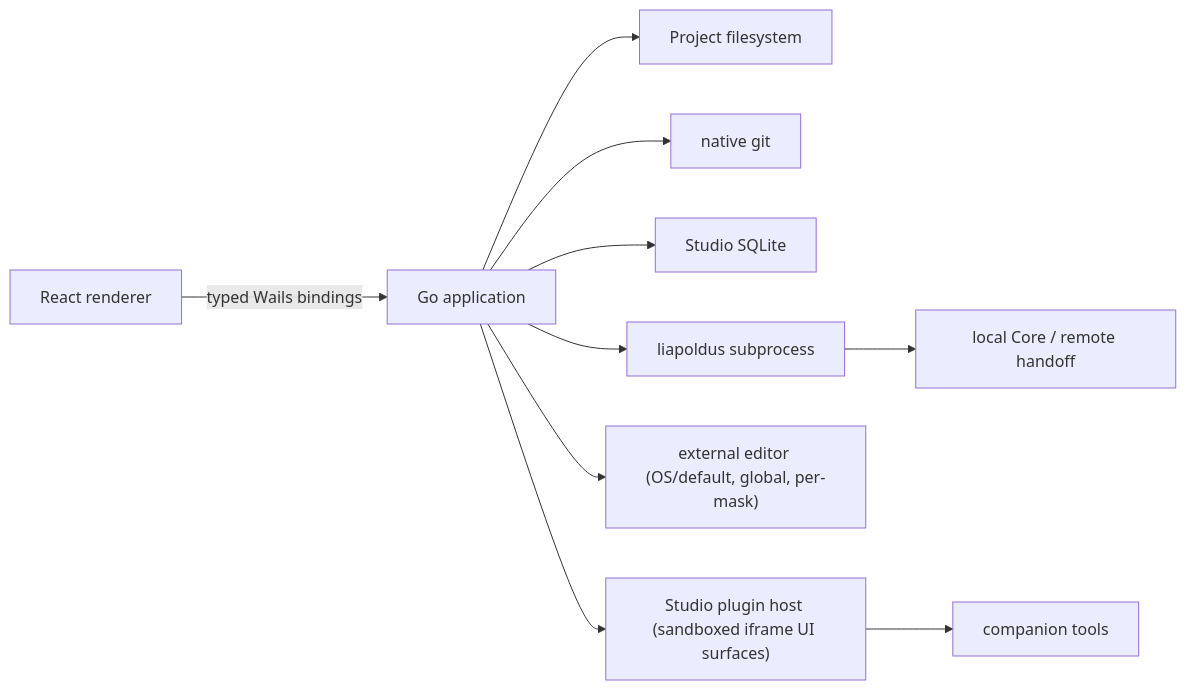
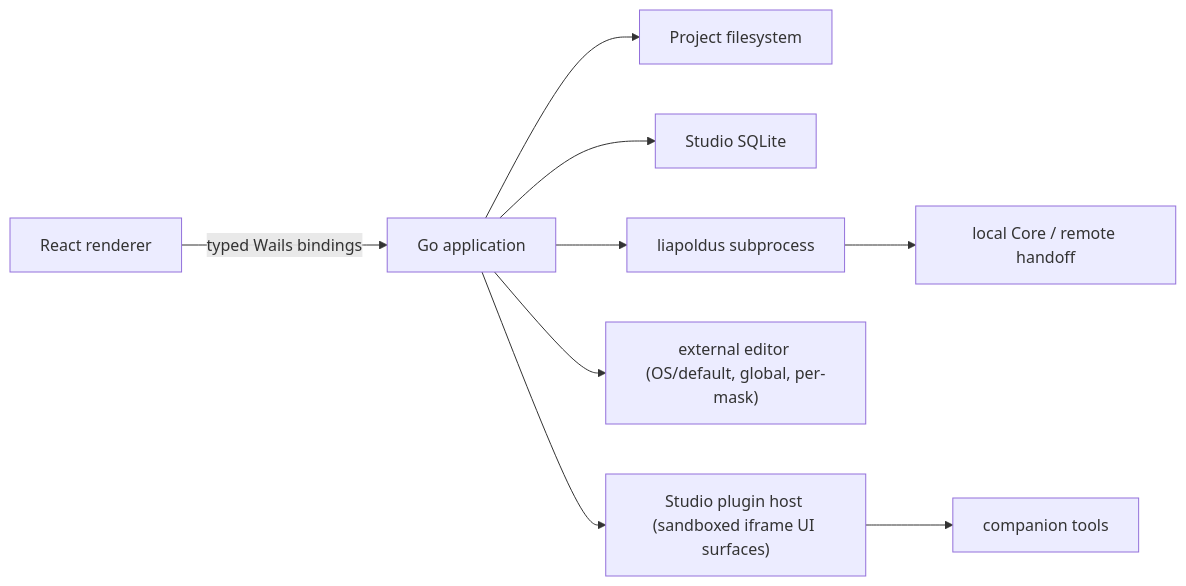
One commit to Liapoldus/studio changed the diagram in docs/technical-architecture.md. Above: the diagram before and after it, drawn with Mermaid. The commit also changed other lines of this file and 79 other files, not shown here.

````diff
--- a/docs/technical-architecture.md
+++ b/docs/technical-architecture.md
@@ -22,12 +22,11 @@
 ```mermaid
 flowchart LR
     UI["React renderer"] -->|typed Wails bindings| APP["Go application"]
     APP --> FS["Project filesystem"]
-    APP --> GIT["native git"]
     APP --> DB["Studio SQLite"]
     APP --> CLI["liapoldus subprocess"]
     CLI --> CORE["local Core / remote handoff"]
     APP --> EXT["external editor (OS/default, global, per-mask)"]
     APP --> HOST["Studio plugin host (sandboxed iframe UI surfaces)"]
     HOST --> TOOLS["companion tools"]
 ```
````
